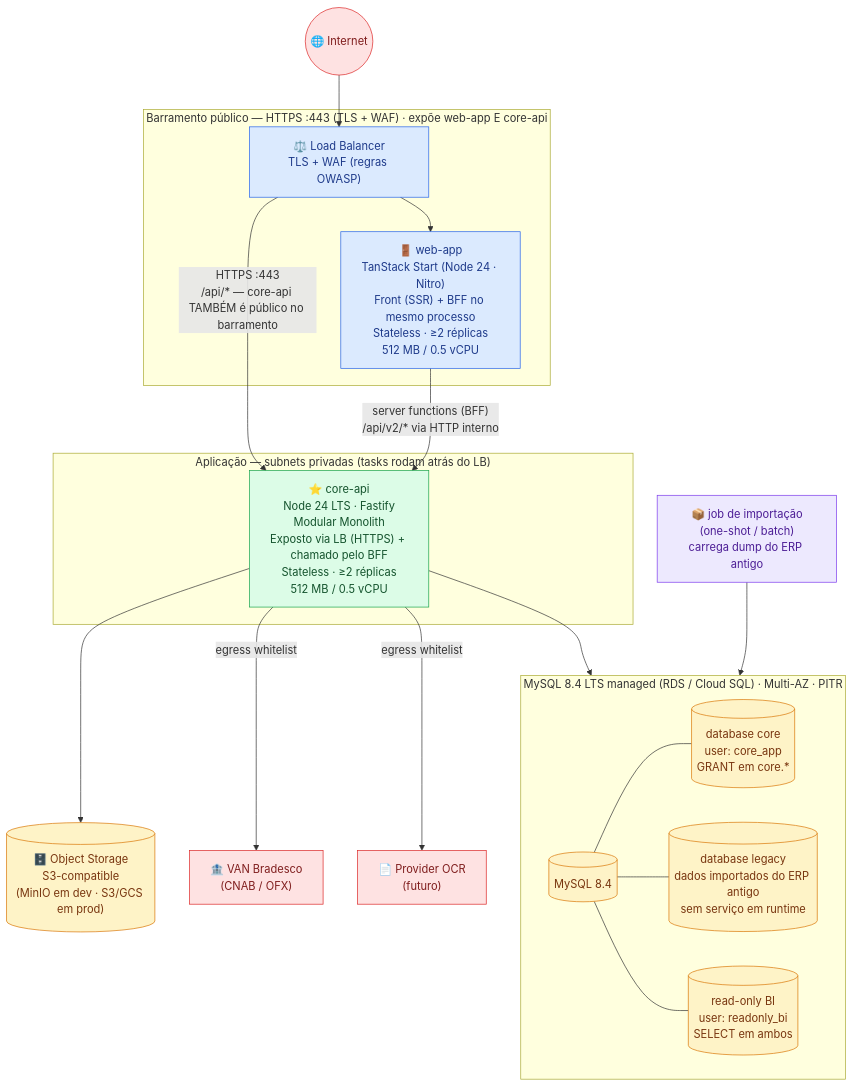
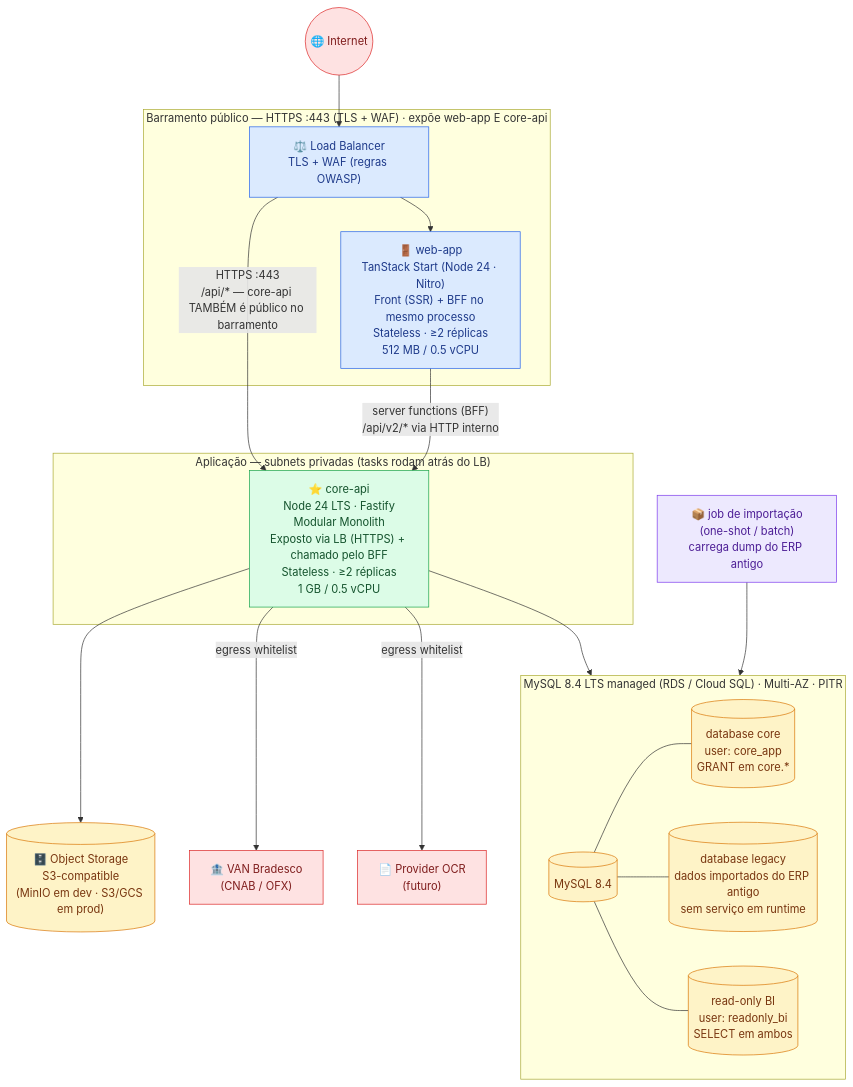
Before and after one commit to ERP-Bem-Comum/ERP-INFRA: the first of 5 diagrams in docs/topology.md, drawn with Mermaid. The commit also changed 10 other files, not shown here.

````diff
--- a/docs/topology.md
+++ b/docs/topology.md
@@ -15,50 +15,50 @@
 ```mermaid
 flowchart TB
     Internet(("🌐 Internet"))
     Internet --> LB
 
     subgraph PUB["Barramento público — HTTPS :443 (TLS + WAF) · expõe web-app E core-api"]
         LB["⚖️ Load Balancer<br/>TLS + WAF (regras OWASP)"]
         WEB["🚪 web-app<br/>TanStack Start (Node 24 · Nitro)<br/>Front (SSR) + BFF no mesmo processo<br/>Stateless · ≥2 réplicas<br/>512 MB / 0.5 vCPU"]
         LB --> WEB
     end
 
     LB -- "HTTPS :443<br/>/api/* — core-api TAMBÉM é público no barramento" --> CORE
     WEB -- "server functions (BFF)<br/>/api/v2/* via HTTP interno" --> CORE
 
     subgraph INT["Aplicação — subnets privadas (tasks rodam atrás do LB)"]
-        CORE["⭐ core-api<br/>Node 24 LTS · Fastify<br/>Modular Monolith<br/>Exposto via LB (HTTPS) + chamado pelo BFF<br/>Stateless · ≥2 réplicas<br/>512 MB / 0.5 vCPU"]
+        CORE["⭐ core-api<br/>Node 24 LTS · Fastify<br/>Modular Monolith<br/>Exposto via LB (HTTPS) + chamado pelo BFF<br/>Stateless · ≥2 réplicas<br/>1 GB / 0.5 vCPU"]
     end
 
     CORE --> DB
     CORE --> OBJ
     MIG["📦 job de importação<br/>(one-shot / batch)<br/>carrega dump do ERP antigo"] --> DB
 
     subgraph DBLAYER["MySQL 8.4 LTS managed (RDS / Cloud SQL) · Multi-AZ · PITR"]
         direction LR
         DB[(MySQL 8.4)]
         COREDB[("database core<br/>user: core_app<br/>GRANT em core.*")]
         LEGACYDB[("database legacy<br/>dados importados do ERP antigo<br/>sem serviço em runtime")]
         BIDB[("read-only BI<br/>user: readonly_bi<br/>SELECT em ambos")]
         DB --- COREDB
         DB --- LEGACYDB
         DB --- BIDB
     end
 
     OBJ[("🗄️ Object Storage<br/>S3-compatible<br/>(MinIO em dev · S3/GCS em prod)")]
 
     CORE -- "egress whitelist" --> VAN["🏦 VAN Bradesco<br/>(CNAB / OFX)"]
     CORE -- "egress whitelist" --> OCR["📄 Provider OCR<br/>(futuro)"]
 
     classDef external fill:#fee2e2,stroke:#dc2626,color:#7f1d1d
     classDef public fill:#dbeafe,stroke:#2563eb,color:#1e3a8a
     classDef internal fill:#dcfce7,stroke:#16a34a,color:#14532d
     classDef storage fill:#fef3c7,stroke:#d97706,color:#78350f
     classDef batch fill:#ede9fe,stroke:#7c3aed,color:#4c1d95
 
     class Internet,VAN,OCR external
     class LB,WEB public
     class CORE internal
     class DB,COREDB,LEGACYDB,BIDB,OBJ storage
     class MIG batch
 ```
````
